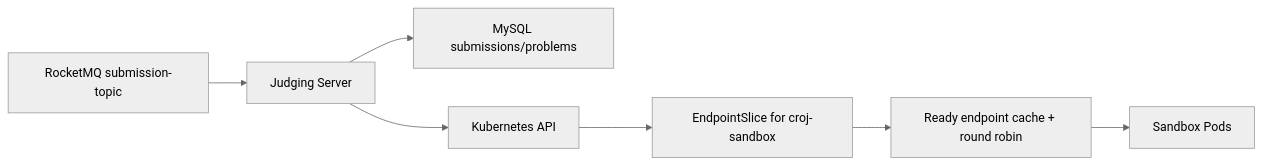
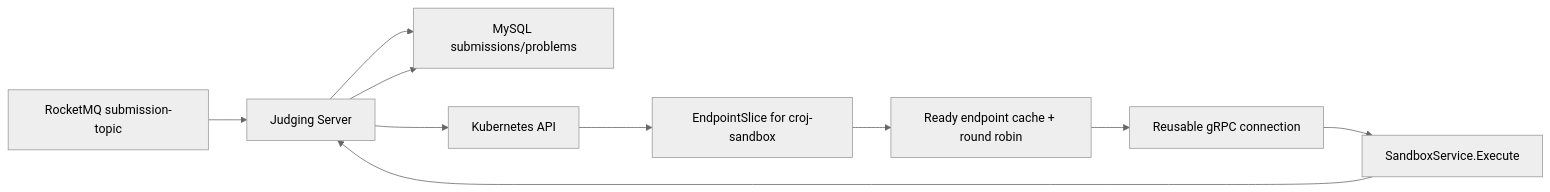
Before and after one commit to CodeRushOJ/croj-judging-server: the diagram in README.md, drawn with Mermaid (neutral theme). The commit also changed other lines of this file and 19 other files, not shown here.

Commit message:
feat(judge): execute submissions through gRPC

````diff
--- a/README.md
+++ b/README.md
@@ -9,9 +9,12 @@
 ```mermaid
 flowchart LR
     MQ["RocketMQ submission-topic"] --> Judge["Judging Server"]
     Judge --> DB["MySQL submissions/problems"]
     Judge --> API["Kubernetes API"]
     API --> ES["EndpointSlice for croj-sandbox"]
     ES --> Scheduler["Ready endpoint cache + round robin"]
-    Scheduler --> Sandbox["Sandbox Pods"]
+    Scheduler --> GRPC["Reusable gRPC connection"]
+    GRPC --> Sandbox["SandboxService.Execute"]
+    Sandbox --> Judge
+    Judge --> DB
 ```
````
